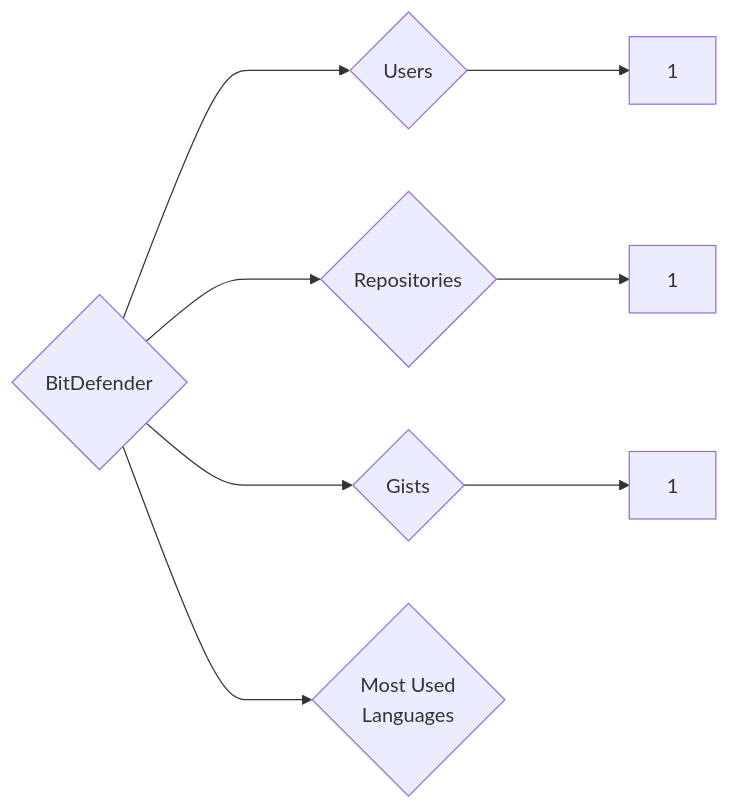
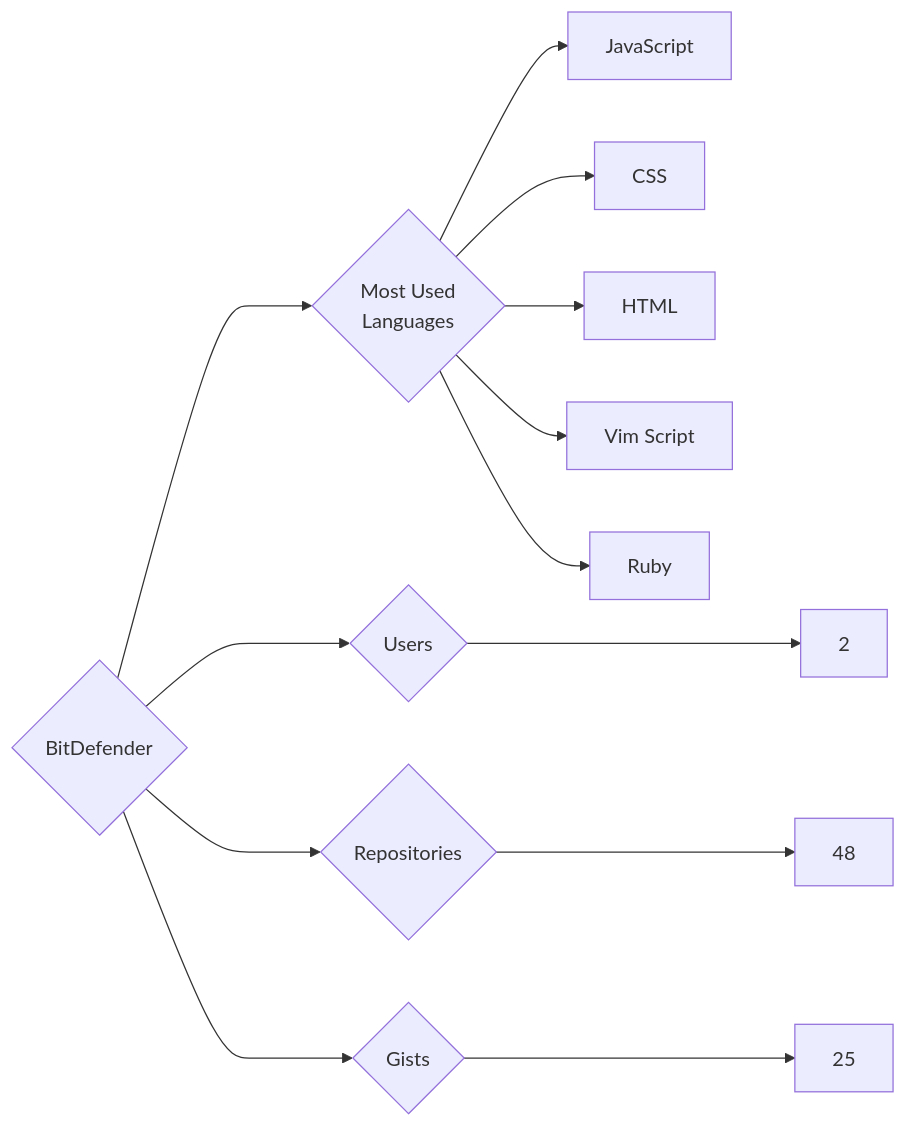
One commit to trickest/insiders changed the diagram in targets/BitDefender/README.md. Above: the diagram before and after it, drawn with Mermaid. The commit also changed 776 other files, not shown here.

````diff
--- a/targets/BitDefender/README.md
+++ b/targets/BitDefender/README.md
@@ -3,8 +3,13 @@
 ```mermaid
 graph LR
 COMPANY_NAME{BitDefender}
-COMPANY_NAME ---> U{Users} ---> UN[1]
-COMPANY_NAME ---> R{Repositories} ---> RN[1]
-COMPANY_NAME ---> G{Gists} ---> GN[1]
+COMPANY_NAME ---> U{Users} ---> UN[2]
+COMPANY_NAME ---> R{Repositories} ---> RN[48]
+COMPANY_NAME ---> G{Gists} ---> GN[25]
 COMPANY_NAME ---> ML{Most Used<br>Languages}
+ML --> JavaScript[JavaScript]
+ML --> CSS[CSS]
+ML --> HTML[HTML]
+ML --> Vim_Script[Vim Script]
+ML --> Ruby[Ruby]
 ```
````
